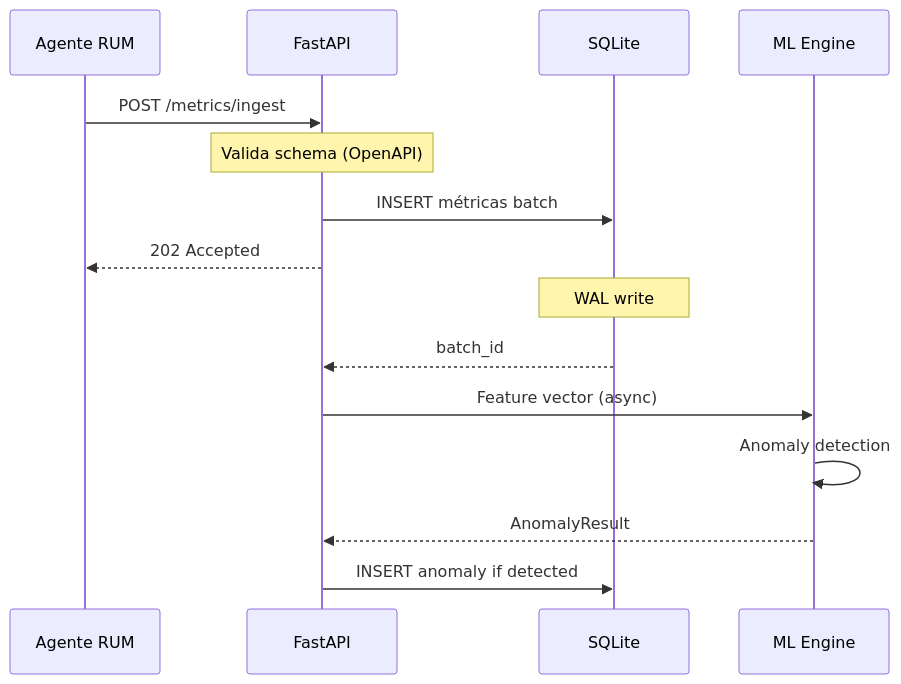
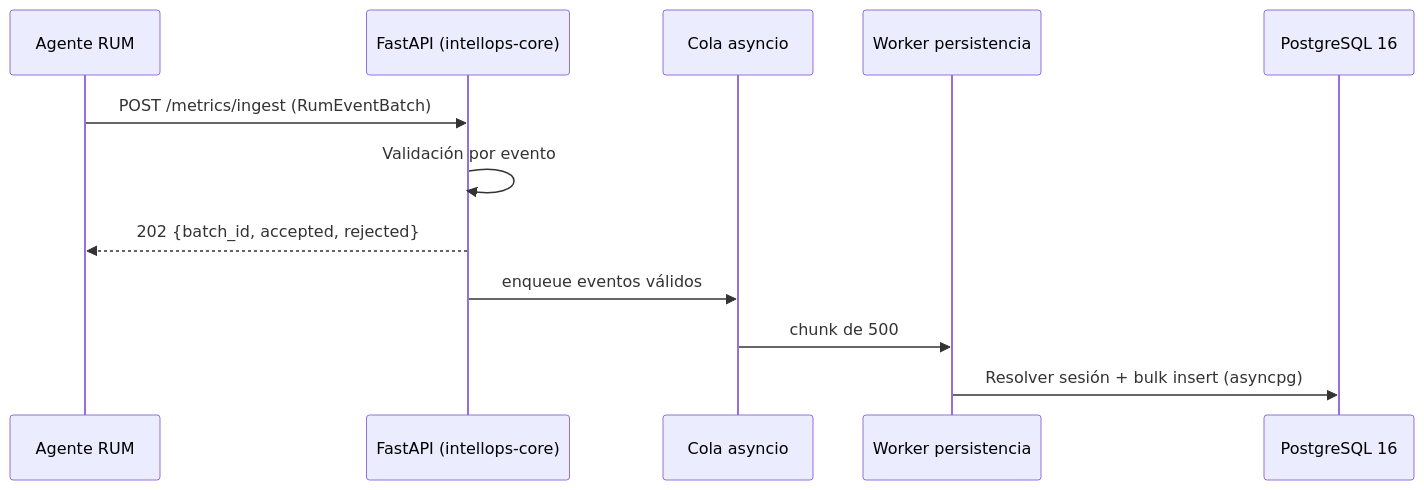
The first of 2 diagrams in openspec/specs/architecture/components.md (infraitgidas/intellops), drawn with Mermaid before and after one commit. The commit also changed 5 other files, not shown here.

````diff
--- a/openspec/specs/architecture/components.md
+++ b/openspec/specs/architecture/components.md
@@ -134,18 +134,15 @@
 ```mermaid
 sequenceDiagram
     participant Agent as Agente RUM
-    participant API as FastAPI
-    participant DB as SQLite
-    participant ML as ML Engine
+    participant API as FastAPI (intellops-core)
+    participant Q as Cola asyncio
+    participant W as Worker persistencia
+    participant DB as PostgreSQL 16
 
-    Agent->>API: POST /metrics/ingest
-    Note over API: Valida schema (OpenAPI)
-    API->>DB: INSERT métricas batch
-    API-->>Agent: 202 Accepted
-    Note over DB: WAL write
-    DB-->>API: batch_id
-    API->>ML: Feature vector (async)
-    ML->>ML: Anomaly detection
-    ML-->>API: AnomalyResult
-    API->>DB: INSERT anomaly if detected
+    Agent->>API: POST /metrics/ingest (RumEventBatch)
+    API->>API: Validación por evento
+    API-->>Agent: 202 {batch_id, accepted, rejected}
+    API->>Q: enqueue eventos válidos
+    Q->>W: chunk de 500
+    W->>DB: Resolver sesión + bulk insert (asyncpg)
 ```
````
